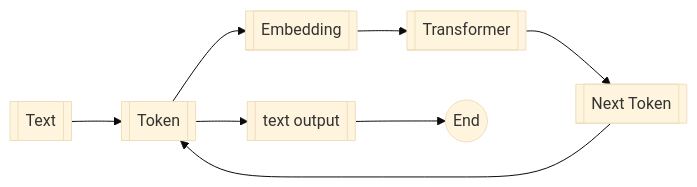
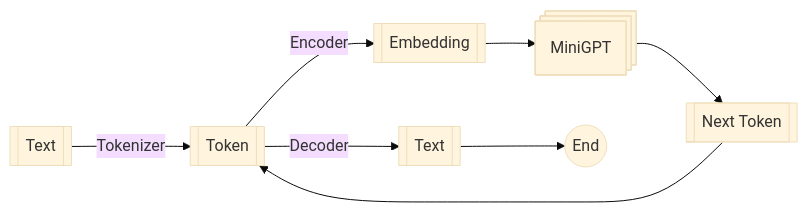
Before and after one commit to jinzhc/MiniGPT: the diagram in README.md, drawn with Mermaid (base theme).

Commit message:
Update flowchart in README

````diff
--- a/README.md
+++ b/README.md
@@ -9,6 +9,6 @@
 ```mermaid
 flowchart LR
-A[[Text]] --> B[[Token]] --> C[[Embedding]] --> D[[Transformer]]
+A[[Text]] -->|Tokenizer| B[[Token]] -->|Encoder| C[[Embedding]] --> D@{ shape: processes, label: "MiniGPT"}
 D --> G[[Next Token]] --> B
-B --> H[[text output]] --> output((End))
+B -->|Decoder| H[[Text]] --> output((End))
 ```
````
